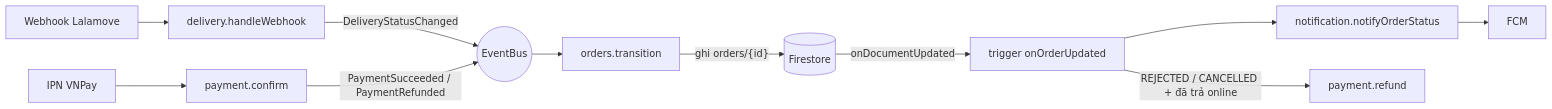
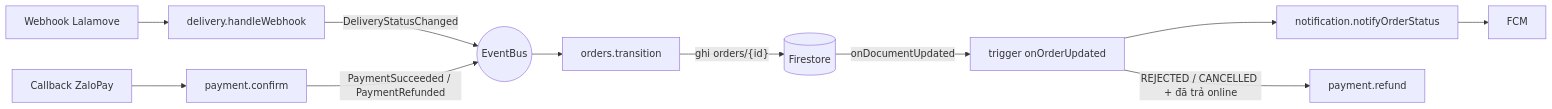
The fifth of 9 diagrams in docs/02-architecture.md (thanhpino/MobileAppFinalProject-MiaoSong), drawn with Mermaid before and after one commit. The commit also changed other lines of this file and 51 other files, not shown here.

Commit message:
- completed class diagrams - completed activity diagrams - completed use case diagrams - completed test plans - adjusted the sequence diagrams from TMT after changing from vnpay to zalopay, and ggmap to openstreetmap

````diff
--- a/docs/02-architecture.md
+++ b/docs/02-architecture.md
@@ -192,13 +192,13 @@
 ```mermaid
 flowchart LR
     LLW["Webhook Lalamove"] --> DEL["delivery.handleWebhook"]
     DEL -- "DeliveryStatusChanged" --> BUS(("EventBus"))
-    PAYW["IPN VNPay"] --> PAY["payment.confirm"]
+    PAYW["Callback ZaloPay"] --> PAY["payment.confirm"]
     PAY -- "PaymentSucceeded / PaymentRefunded" --> BUS
     BUS --> ORD["orders.transition"]
     ORD -- "ghi orders/{id}" --> FS[("Firestore")]
     FS -- "onDocumentUpdated" --> TRG["trigger onOrderUpdated"]
     TRG --> NOT["notification.notifyOrderStatus"]
     TRG -- "REJECTED / CANCELLED + đã trả online" --> REF["payment.refund"]
     NOT --> FCM["FCM"]
 ```
````
